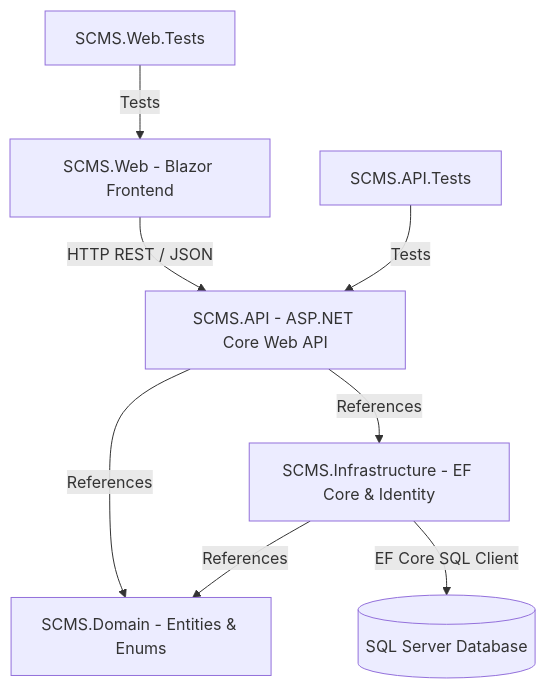
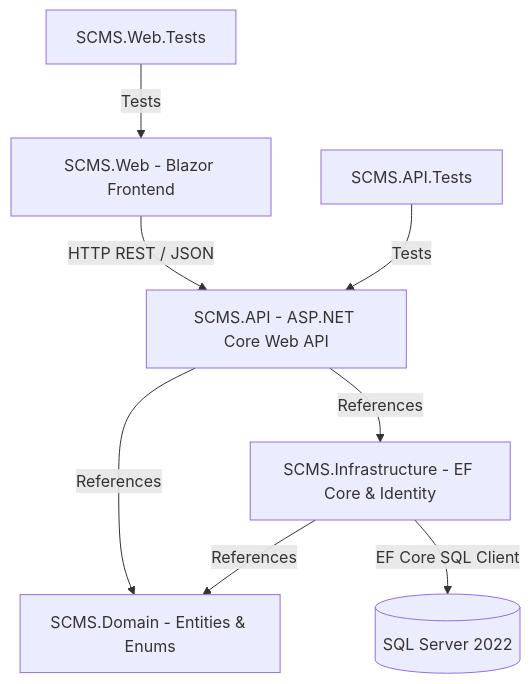
One commit to Dex-Infinity/SCMS changed the diagram in docs/DEVELOPMENT_GUIDE.md. Above: the diagram before and after it, drawn with Mermaid. The commit also changed other lines of this file and 4 other files, not shown here.

````diff
--- a/docs/DEVELOPMENT_GUIDE.md
+++ b/docs/DEVELOPMENT_GUIDE.md
@@ -11,10 +11,10 @@
 ```mermaid
 graph TD
     A[SCMS.Web - Blazor Frontend] -->|HTTP REST / JSON| B[SCMS.API - ASP.NET Core Web API]
     B -->|References| C[SCMS.Domain - Entities & Enums]
     B -->|References| D[SCMS.Infrastructure - EF Core & Identity]
     D -->|References| C
-    D -->|EF Core SQL Client| E[(SQL Server Database)]
+    D -->|EF Core SQL Client| E[(SQL Server 2022)]
     F[SCMS.API.Tests] -->|Tests| B
     G[SCMS.Web.Tests] -->|Tests| A
 ```
````
